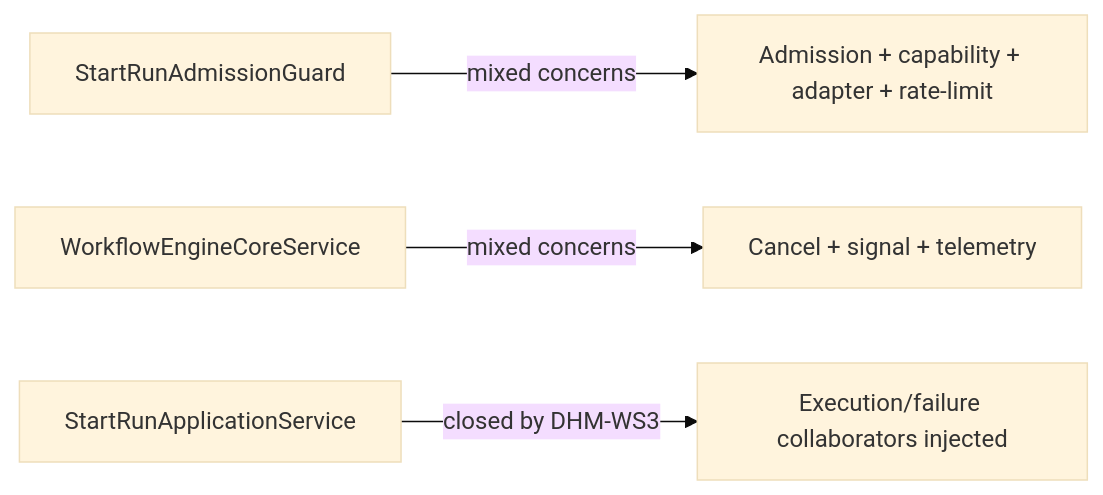
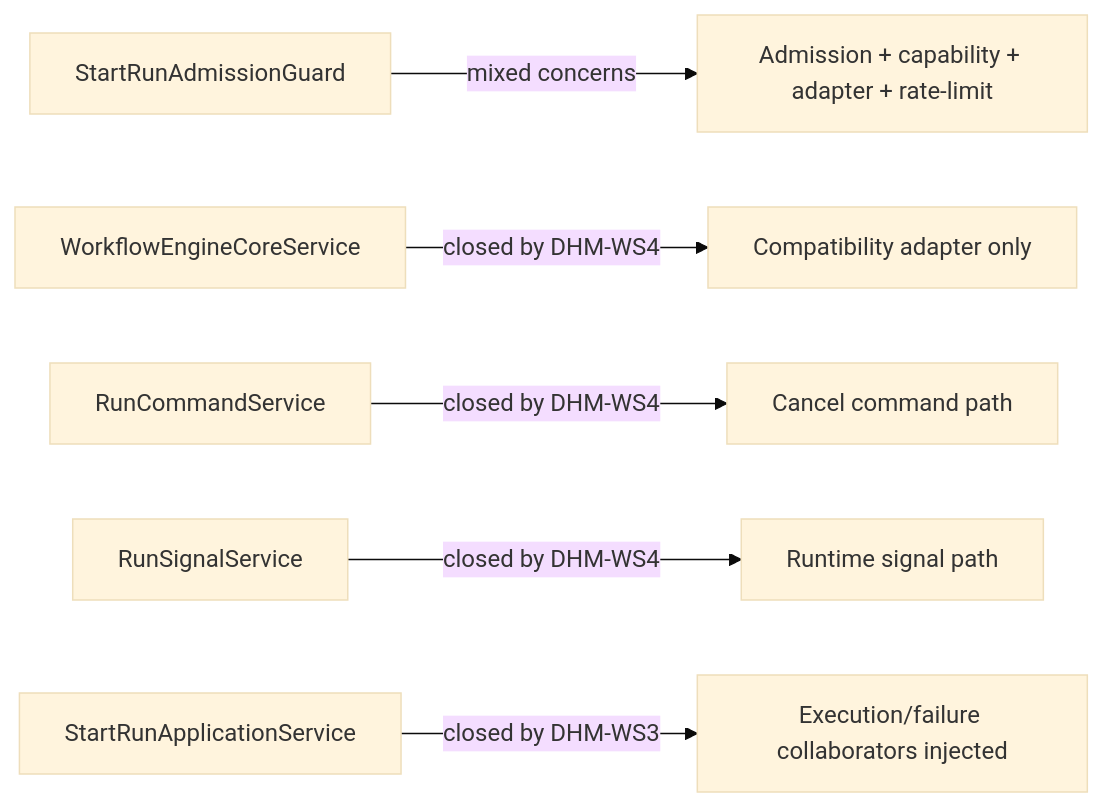
One commit to dunay2/dvt changed the fifth of 5 diagrams in docs/architecture/components/engine/architecture/workflow-engine-subsystem-context.md. Above: the diagram before and after it, drawn with Mermaid (base theme). The commit also changed other lines of this file and 28 other files, not shown here.

Commit message:
refactor(engine): Split runtime command and signal paths

````diff
--- a/docs/architecture/components/engine/architecture/workflow-engine-subsystem-context.md
+++ b/docs/architecture/components/engine/architecture/workflow-engine-subsystem-context.md
@@ -257,6 +267,8 @@
 ```mermaid
 flowchart LR
   Guard["StartRunAdmissionGuard"] -->|mixed concerns| W2["Admission + capability + adapter + rate-limit"]
-  Core["WorkflowEngineCoreService"] -->|mixed concerns| W3["Cancel + signal + telemetry"]
+  Core["WorkflowEngineCoreService"] -->|closed by DHM-WS4| W3["Compatibility adapter only"]
+  Command["RunCommandService"] -->|closed by DHM-WS4| W5["Cancel command path"]
+  Signal["RunSignalService"] -->|closed by DHM-WS4| W6["Runtime signal path"]
   StartRun["StartRunApplicationService"] -->|closed by DHM-WS3| W4["Execution/failure collaborators injected"]
 ```
````
